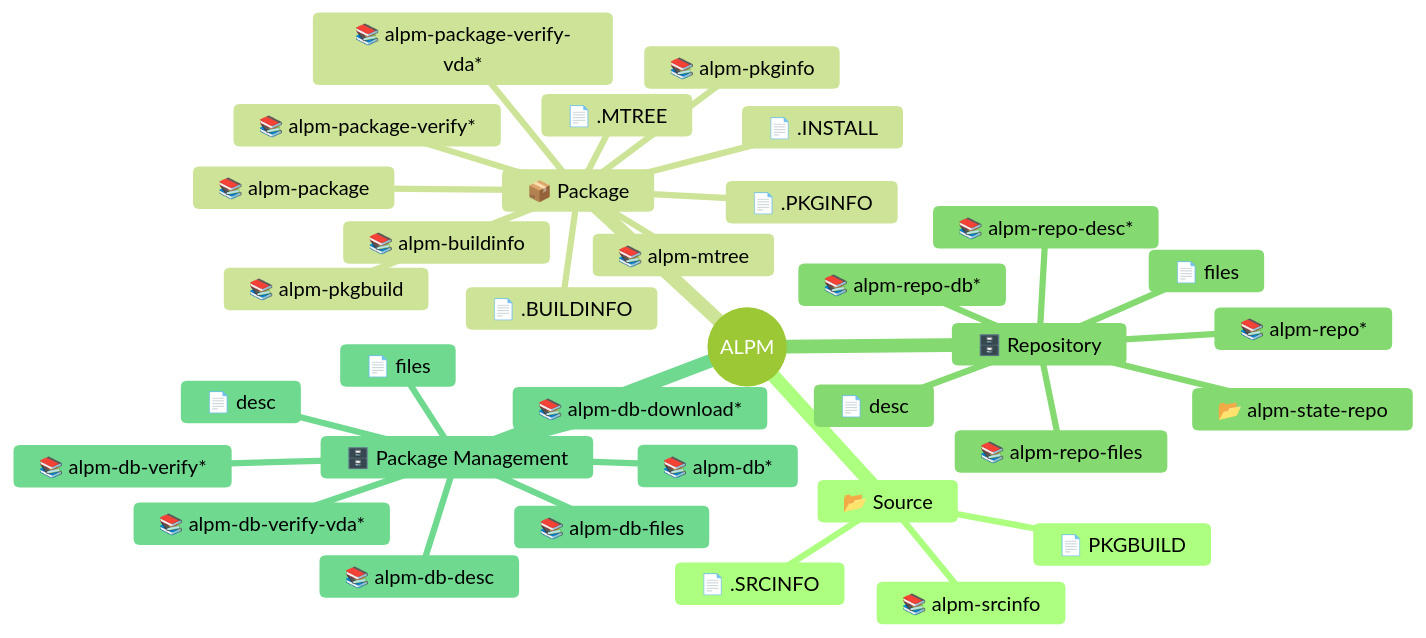
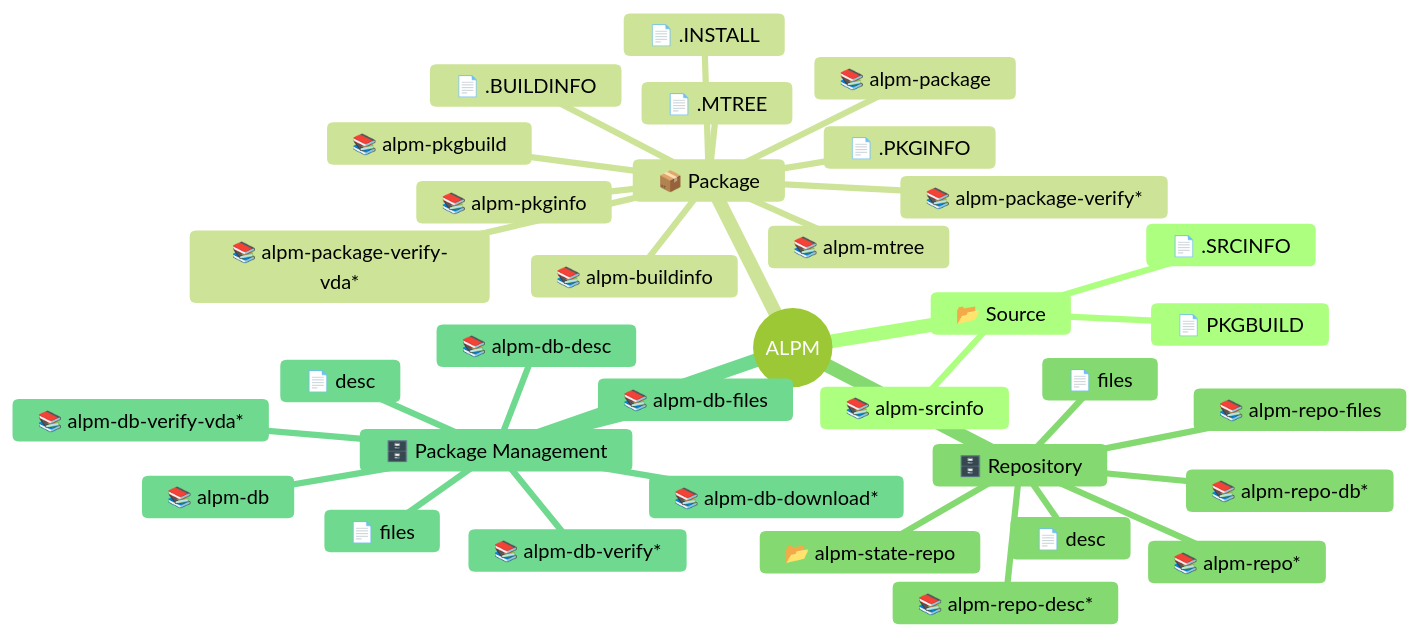
One commit to archlinux/alpm changed the diagram in README.md. Above: the diagram before and after it, drawn with Mermaid (forest theme). The commit also changed other lines of this file and 48 other files, not shown here.

````diff
--- a/README.md
+++ b/README.md
@@ -25,37 +25,37 @@
 ```mermaid
 mindmap
   root((ALPM))
     📂 Source
       📄 PKGBUILD
       📄 .SRCINFO
       📚️ alpm-srcinfo
     📦 Package
       📄 .BUILDINFO
       📄 .PKGINFO
       📄 .INSTALL
       📄 .MTREE
       📚️ alpm-buildinfo
       📚️ alpm-pkgbuild
       📚️ alpm-pkginfo
       📚️ alpm-mtree
       📚️ alpm-package
       📚️ alpm-package-verify*
       📚️ alpm-package-verify-vda*
     🗄️ Repository
       📄 desc
       📄 files
       📚️ alpm-repo*
       📚️ alpm-repo-db*
       📚️ alpm-repo-desc*
       📚️ alpm-repo-files
       📂 alpm-state-repo
     🗄️ Package Management
       📄 desc
       📄 files
-      📚️ alpm-db*
+      📚️ alpm-db
       📚️ alpm-db-desc
       📚️ alpm-db-download*
       📚️ alpm-db-files
       📚️ alpm-db-verify*
       📚️ alpm-db-verify-vda*
 ```
````
